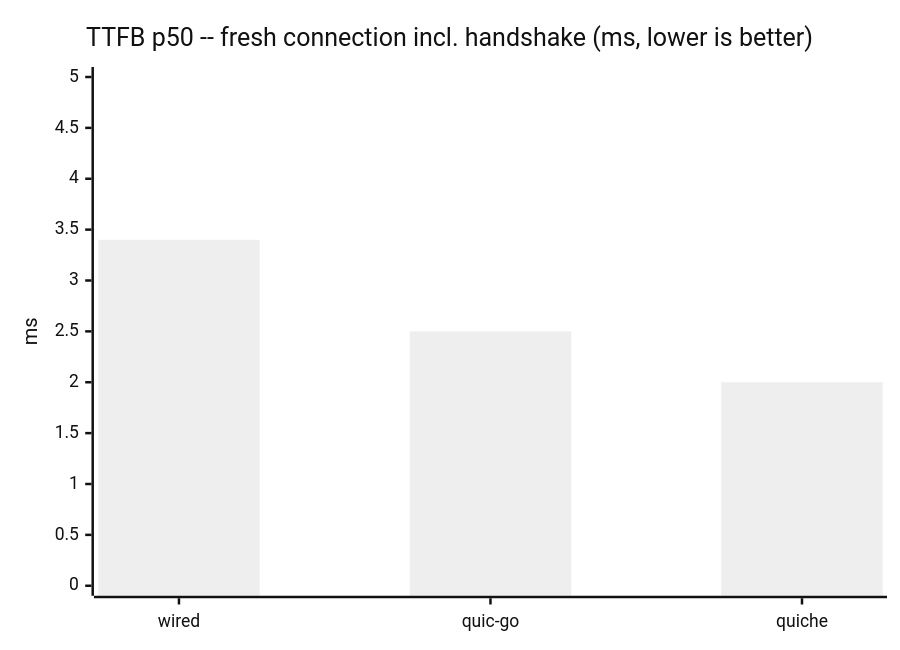
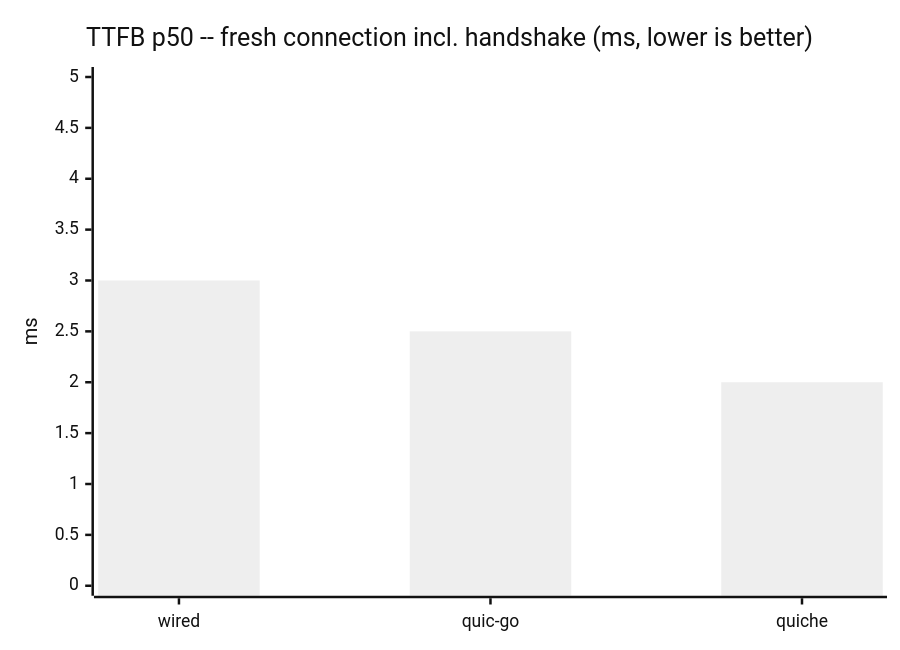
The third of 4 diagrams in docs/comparison.md (Hakkadaikon/wired), drawn with Mermaid (neutral theme) before and after one commit. The commit also changed other lines of this file, not shown here.

````diff
--- a/docs/comparison.md
+++ b/docs/comparison.md
@@ -143,7 +165,7 @@
 ```mermaid
 xychart-beta
     title "TTFB p50 -- fresh connection incl. handshake (ms, lower is better)"
     x-axis ["wired", "quic-go", "quiche"]
     y-axis "ms" 0 --> 5
-    bar [3.4, 2.5, 2.0]
+    bar [3.0, 2.5, 2.0]
 ```
````
